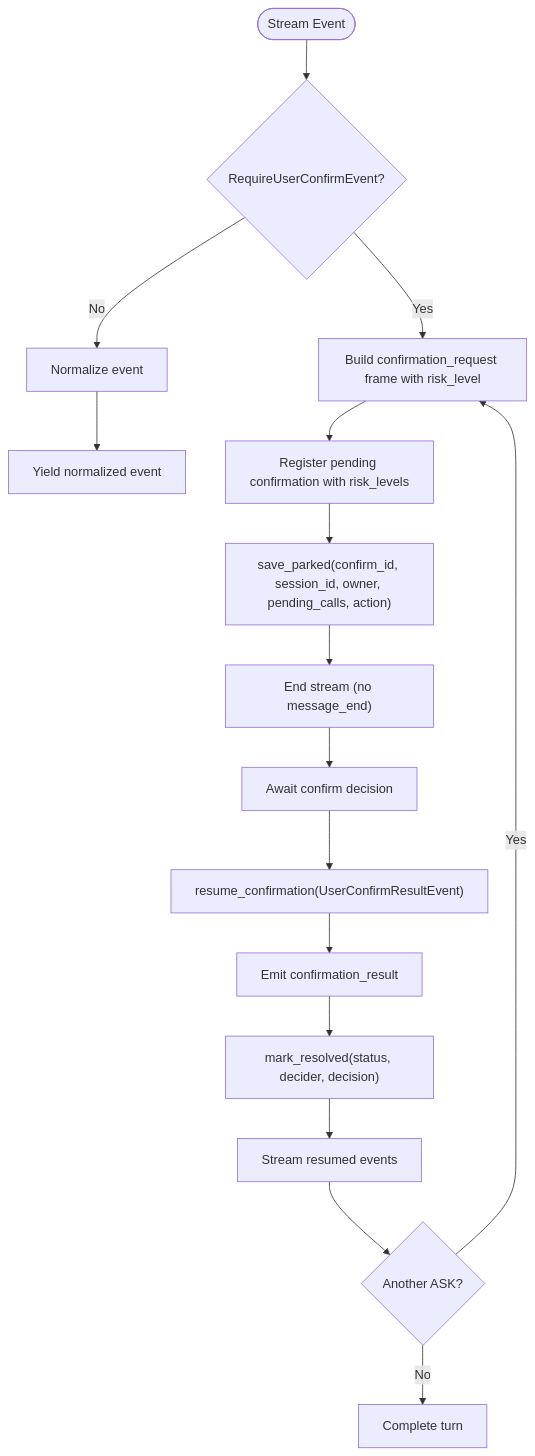
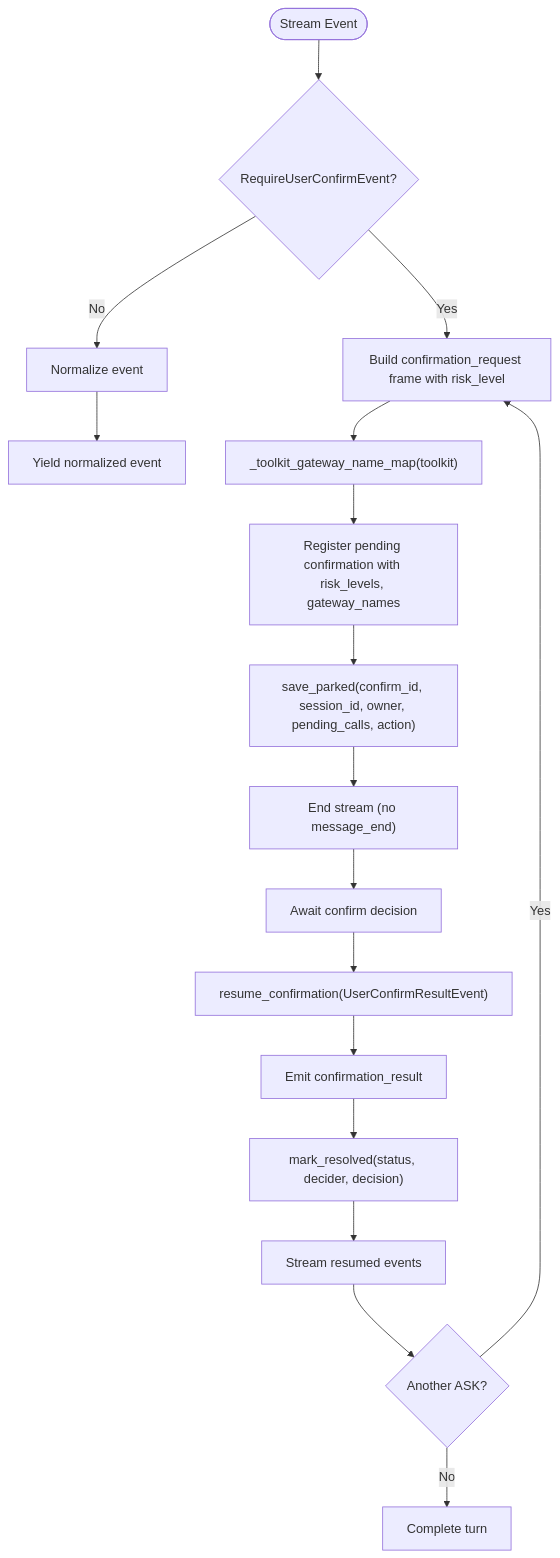
Before and after one commit to metasync/luban-aiops: the fifth of 11 diagrams in .qoder/repowiki/en/content/Agent Platform Service/HITL Confirmation Bridging (SPEC-020).md, drawn with Mermaid. The commit also changed other lines of this file and 169 other files, not shown here.

````diff
--- a/.qoder/repowiki/en/content/Agent Platform Service/HITL Confirmation Bridging (SPEC-020).md
+++ b/.qoder/repowiki/en/content/Agent Platform Service/HITL Confirmation Bridging (SPEC-020).md
@@ -336,18 +344,19 @@
 ```mermaid
 flowchart TD
 Start(["Stream Event"]) --> CheckASK{"RequireUserConfirmEvent?"}
 CheckASK -- No --> Normalize["Normalize event"]
 Normalize --> Yield["Yield normalized event"]
 CheckASK -- Yes --> BuildFrame["Build confirmation_request frame with risk_level"]
-BuildFrame --> Register["Register pending confirmation with risk_levels"]
+BuildFrame --> MapNames["_toolkit_gateway_name_map(toolkit)"]
+MapNames --> Register["Register pending confirmation with risk_levels, gateway_names"]
 Register --> Persist["save_parked(confirm_id, session_id, owner, pending_calls, action)"]
 Persist --> EndStream["End stream (no message_end)"]
 EndStream --> WaitDecision["Await confirm decision"]
 WaitDecision --> Resume["resume_confirmation(UserConfirmResultEvent)"]
 Resume --> ResultFrame["Emit confirmation_result"]
 ResultFrame --> RecordResolution["mark_resolved(status, decider, decision)"]
 RecordResolution --> ContinueStream["Stream resumed events"]
 ContinueStream --> ChainedASK{"Another ASK?"}
 ChainedASK -- Yes --> BuildFrame
 ChainedASK -- No --> Complete["Complete turn"]
 ```
````
